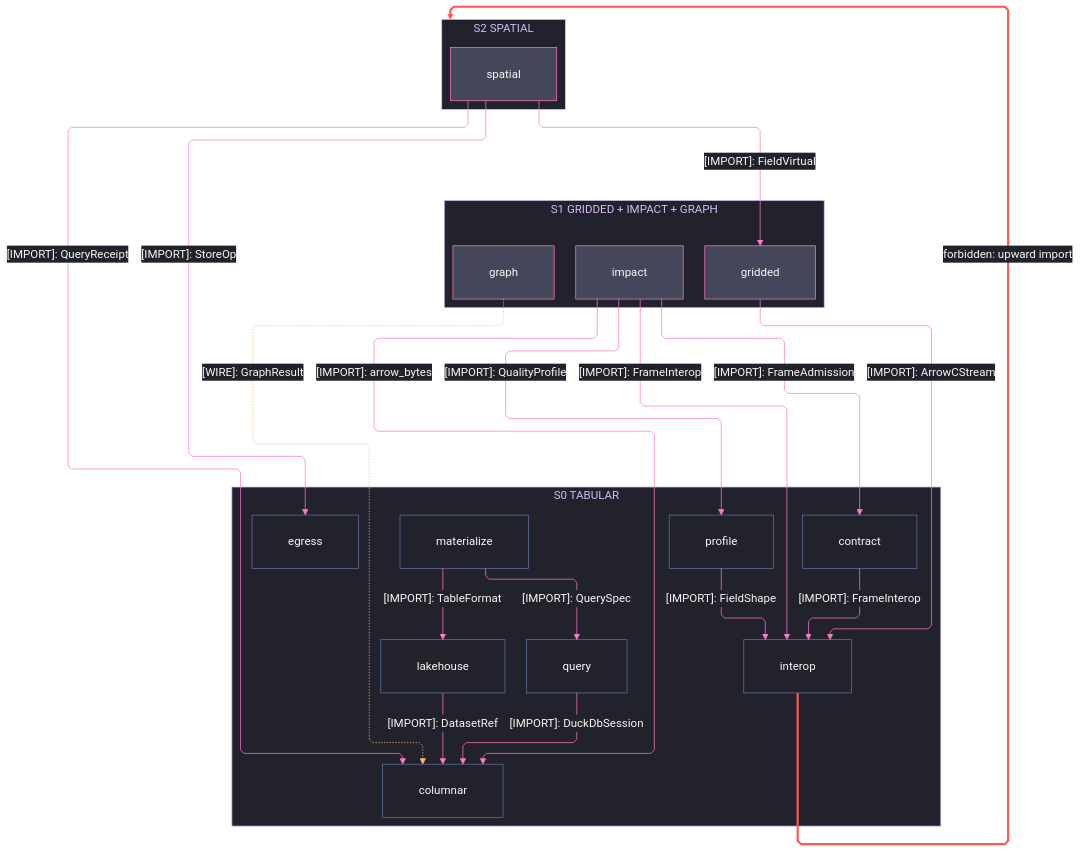
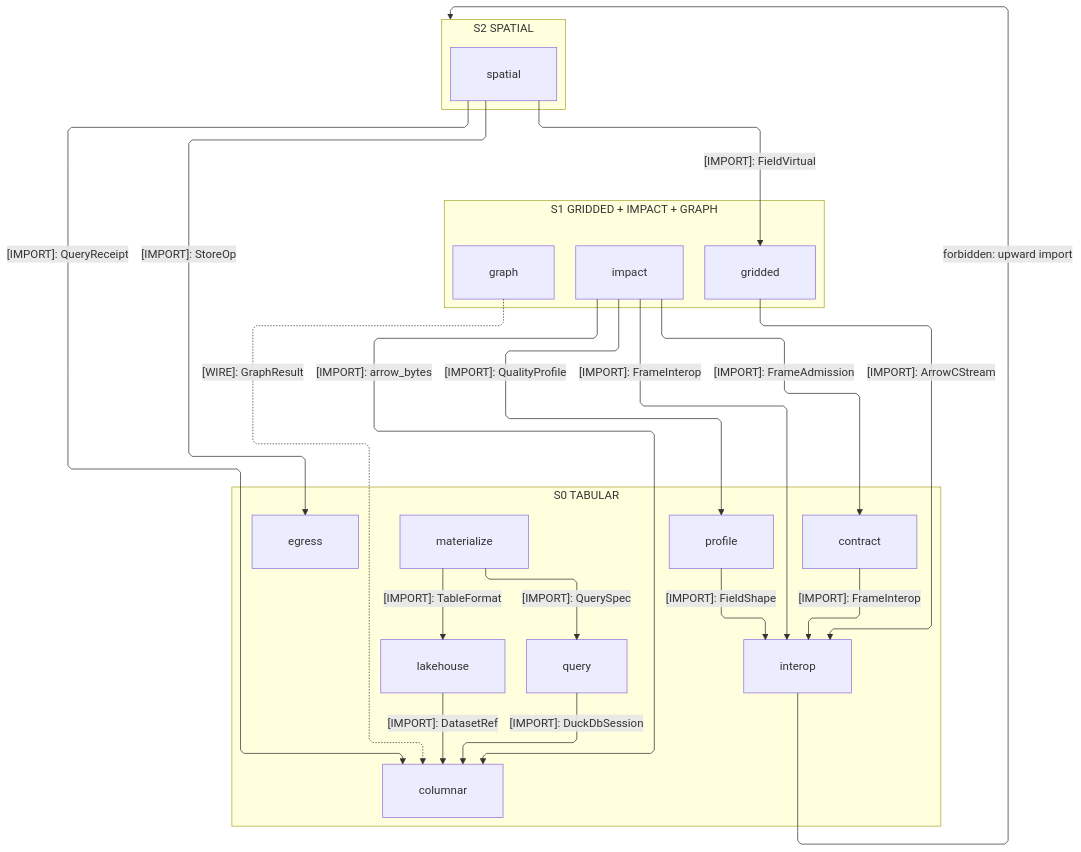
The third of 3 diagrams in libs/python/data/ARCHITECTURE.md (bsamiee/Rasm), drawn with Mermaid before and after one commit. The commit also changed other lines of this file and 460 other files, not shown here.

````diff
--- a/libs/python/data/ARCHITECTURE.md
+++ b/libs/python/data/ARCHITECTURE.md
@@ -191,77 +136,48 @@
 ```mermaid
 ---
 config:
-  theme: base
-  look: classic
   layout: elk
   flowchart:
     curve: linear
     padding: 25
-  themeVariables:
-    darkMode: true
-    fontFamily: "SF Mono, Menlo, Cascadia Mono, Segoe UI Mono, Consolas, monospace"
-    useGradient: false
-    dropShadow: "none"
-    background: "#282A36"
-    primaryColor: "#44475A"
-    primaryTextColor: "#F8F8F2"
-    primaryBorderColor: "#BD93F9"
-    lineColor: "#FF79C6"
-    textColor: "#F8F8F2"
-    clusterBkg: "#21222C"
-    clusterBorder: "#D6BCFA"
-    edgeLabelBackground: "#21222C"
-    labelBackgroundColor: "#21222C"
-    titleColor: "#D6BCFA"
-  themeCSS: ".nodeLabel{font-size:13px;font-weight:500}.edgeLabel{font-size:12px;font-weight:500}.cluster-label .nodeLabel{font-size:13.5px;font-weight:700;letter-spacing:.08em}.edge-thickness-normal{stroke-width:2px}.edge-thickness-thick{stroke-width:3px}.edge-pattern-dashed,.edge-pattern-dotted{stroke-width:1.5px;stroke-dasharray:4 6}.node rect,.node circle,.node polygon,.node path,.node .outer-path{stroke-width:1.5px;filter:none!important}.cluster rect{stroke-width:1px!important;stroke-dasharray:5 4!important;filter:none!important}.marker path{transform:scale(.8);transform-origin:5px 5px}.marker circle{transform:scale(.48);transform-origin:5px 5px}.edgeLabel rect{transform-box:fill-box;transform-origin:center;transform:scale(1.1,1.2)}"
 ---
 flowchart TB
     accTitle: Data interior import strata
-    accDescr: Three import strata — spatial over the gridded, impact, and import-isolated graph tier over the eight-module tabular floor — each labeled downward edge naming its one sourced type, the graph node table crossing as dashed wire data, and one forbidden upward edge styled red.
+    accDescr: Three import strata — spatial over the gridded, impact, and import-isolated graph tier over the eight-module tabular floor — each labeled downward edge naming its one sourced type, the graph node table crossing as dashed wire data, and one forbidden upward edge.
     subgraph D2["S2 SPATIAL"]
         Spatial[spatial]
     end
     subgraph D1["S1 GRIDDED + IMPACT + GRAPH"]
         Graph[graph]
         Impact[impact]
         Gridded[gridded]
     end
     subgraph D0["S0 TABULAR"]
         Egress[egress]
         Materialize[materialize]
         Query[query]
         Lakehouse[lakehouse]
         Columnar[columnar]
         Contract[contract]
         Profile[profile]
         Interop[interop]
     end
     Spatial s1@-->|"[IMPORT]: QueryReceipt"| Columnar
     Spatial s2@-->|"[IMPORT]: StoreOp"| Egress
     Spatial s3@-->|"[IMPORT]: FieldVirtual"| Gridded
     Gridded s4@-->|"[IMPORT]: ArrowCStream"| Interop
     Impact s5@-->|"[IMPORT]: FrameAdmission"| Contract
     Impact s6@-->|"[IMPORT]: QualityProfile"| Profile
     Impact s7@-->|"[IMPORT]: FrameInterop"| Interop
     Impact s8@-->|"[IMPORT]: arrow_bytes"| Columnar
     Graph s9@-.->|"[WIRE]: GraphResult"| Columnar
     Materialize s10@-->|"[IMPORT]: QuerySpec"| Query
     Materialize s11@-->|"[IMPORT]: TableFormat"| Lakehouse
     Query s12@-->|"[IMPORT]: DuckDbSession"| Columnar
     Lakehouse s13@-->|"[IMPORT]: DatasetRef"| Columnar
     Contract s14@-->|"[IMPORT]: FrameInterop"| Interop
     Profile s15@-->|"[IMPORT]: FieldShape"| Interop
     Spatial ~~~ Impact
     Spatial ~~~ Graph
     Interop f1@-->|"forbidden: upward import"| D2
-    classDef primary fill:#44475A,stroke:#FF79C6,color:#F8F8F2
-    classDef recessed fill:#21222C,stroke:#6272A4,color:#F8F8F2
-    classDef edgeControl stroke:#FF79C6,color:#F8F8F2
-    classDef edgeData stroke:#FFB86C,color:#F8F8F2
-    classDef edgeError stroke:#FF5555,stroke-width:3px,color:#F8F8F2
-    class Spatial,Gridded,Impact,Graph primary
-    class Materialize,Query,Lakehouse,Contract,Profile,Egress,Columnar,Interop recessed
-    class s1,s2,s3,s4,s5,s6,s7,s8,s10,s11,s12,s13,s14,s15 edgeControl
-    class s9 edgeData
-    class f1 edgeError
 ```
````
